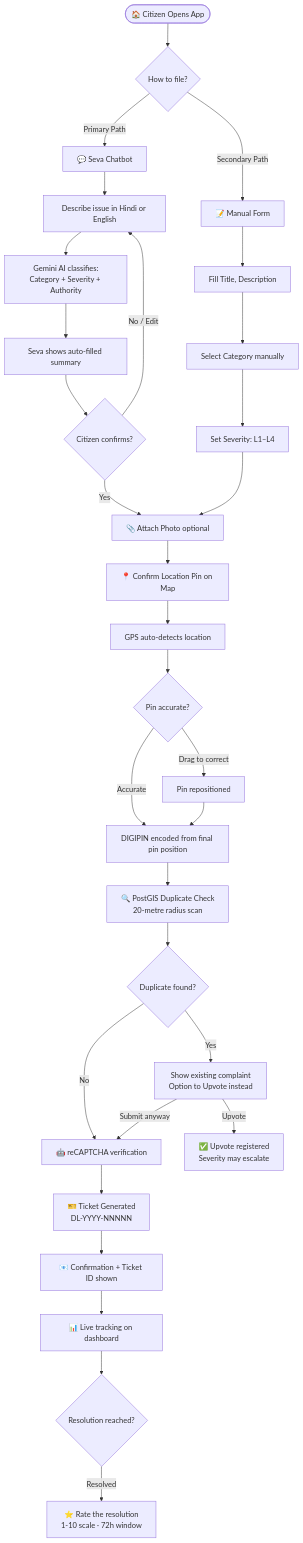
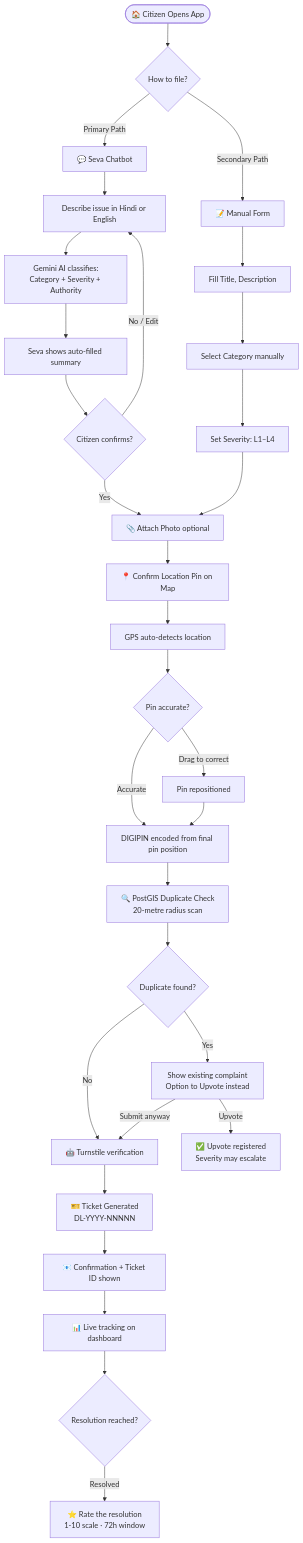
Before and after one commit to MrPanda009/ps-crmdev1: the first of 5 diagrams in README.md, drawn with Mermaid. The commit also changed other lines of this file and 24 other files, not shown here.

````diff
--- a/README.md
+++ b/README.md
@@ -309,39 +309,39 @@
 ```mermaid
 flowchart TD
     A([🏠 Citizen Opens App]) --> B{How to file?}
     
     B -->|Primary Path| C[💬 Seva Chatbot]
     B -->|Secondary Path| D[📝 Manual Form]
     
     C --> C1[Describe issue in Hindi or English]
     C1 --> C2[Gemini AI classifies:\nCategory + Severity + Authority]
     C2 --> C3[Seva shows auto-filled summary]
     C3 --> C4{Citizen confirms?}
     C4 -->|Yes| E
     C4 -->|No / Edit| C1
     
     D --> D1[Fill Title, Description]
     D1 --> D2[Select Category manually]
     D2 --> D3[Set Severity: L1–L4]
     D3 --> E
 
     E[📎 Attach Photo optional]
     E --> F[📍 Confirm Location Pin on Map]
     F --> F1[GPS auto-detects location]
     F1 --> F2{Pin accurate?}
     F2 -->|Drag to correct| F3[Pin repositioned]
     F2 -->|Accurate| F4
     F3 --> F4[DIGIPIN encoded from final pin position]
     F4 --> G[🔍 PostGIS Duplicate Check\n20-metre radius scan]
     G --> G1{Duplicate found?}
     G1 -->|Yes| G2[Show existing complaint\nOption to Upvote instead]
     G1 -->|No| H
     G2 -->|Upvote| G3[✅ Upvote registered\nSeverity may escalate]
     G2 -->|Submit anyway| H
-    H[🤖 reCAPTCHA verification]
+    H[🤖 Turnstile verification]
     H --> I[🎫 Ticket Generated\nDL-YYYY-NNNNN]
     I --> J[📧 Confirmation + Ticket ID shown]
     J --> K[📊 Live tracking on dashboard]
     K --> L{Resolution reached?}
     L -->|Resolved| M[⭐ Rate the resolution\n1-10 scale · 72h window]
 ```
````
